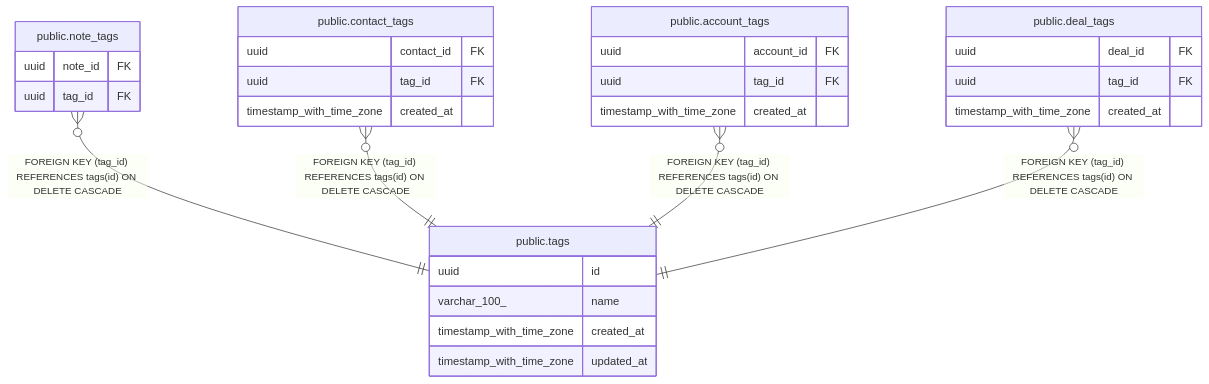
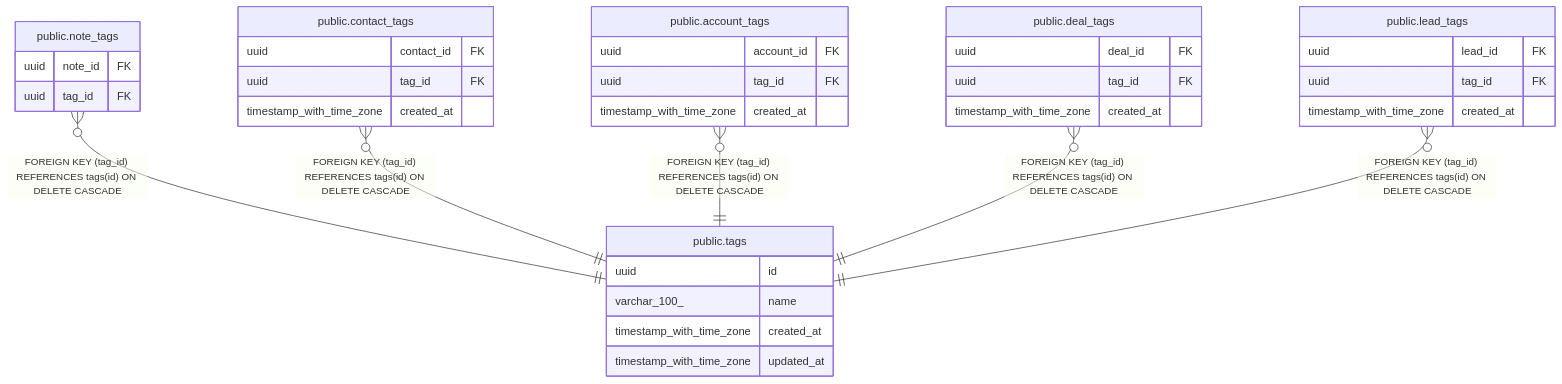
The diagram in docs/schema/public.tags.md (rkseattle/minicrm), drawn with Mermaid before and after one commit. The commit also changed other lines of this file and 20 other files, not shown here.

First line of the commit message:
Add DB schema for AI cost rate config, per-feature/day usage tracking, and field exclusions (MINCRM-459, MINCRM-461)

````diff
--- a/docs/schema/public.tags.md
+++ b/docs/schema/public.tags.md
@@ -34,34 +34,40 @@
 ```mermaid
 erDiagram
 
 "public.note_tags" }o--|| "public.tags" : "FOREIGN KEY (tag_id) REFERENCES tags(id) ON DELETE CASCADE"
 "public.contact_tags" }o--|| "public.tags" : "FOREIGN KEY (tag_id) REFERENCES tags(id) ON DELETE CASCADE"
 "public.account_tags" }o--|| "public.tags" : "FOREIGN KEY (tag_id) REFERENCES tags(id) ON DELETE CASCADE"
 "public.deal_tags" }o--|| "public.tags" : "FOREIGN KEY (tag_id) REFERENCES tags(id) ON DELETE CASCADE"
+"public.lead_tags" }o--|| "public.tags" : "FOREIGN KEY (tag_id) REFERENCES tags(id) ON DELETE CASCADE"
 
 "public.tags" {
   uuid id ""
   varchar_100_ name ""
   timestamp_with_time_zone created_at ""
   timestamp_with_time_zone updated_at ""
 }
 "public.note_tags" {
   uuid note_id FK ""
   uuid tag_id FK ""
 }
 "public.contact_tags" {
   uuid contact_id FK ""
   uuid tag_id FK ""
   timestamp_with_time_zone created_at ""
 }
 "public.account_tags" {
   uuid account_id FK ""
   uuid tag_id FK ""
   timestamp_with_time_zone created_at ""
 }
 "public.deal_tags" {
   uuid deal_id FK ""
   uuid tag_id FK ""
   timestamp_with_time_zone created_at ""
 }
+"public.lead_tags" {
+  uuid lead_id FK ""
+  uuid tag_id FK ""
+  timestamp_with_time_zone created_at ""
+}
 ```
````
